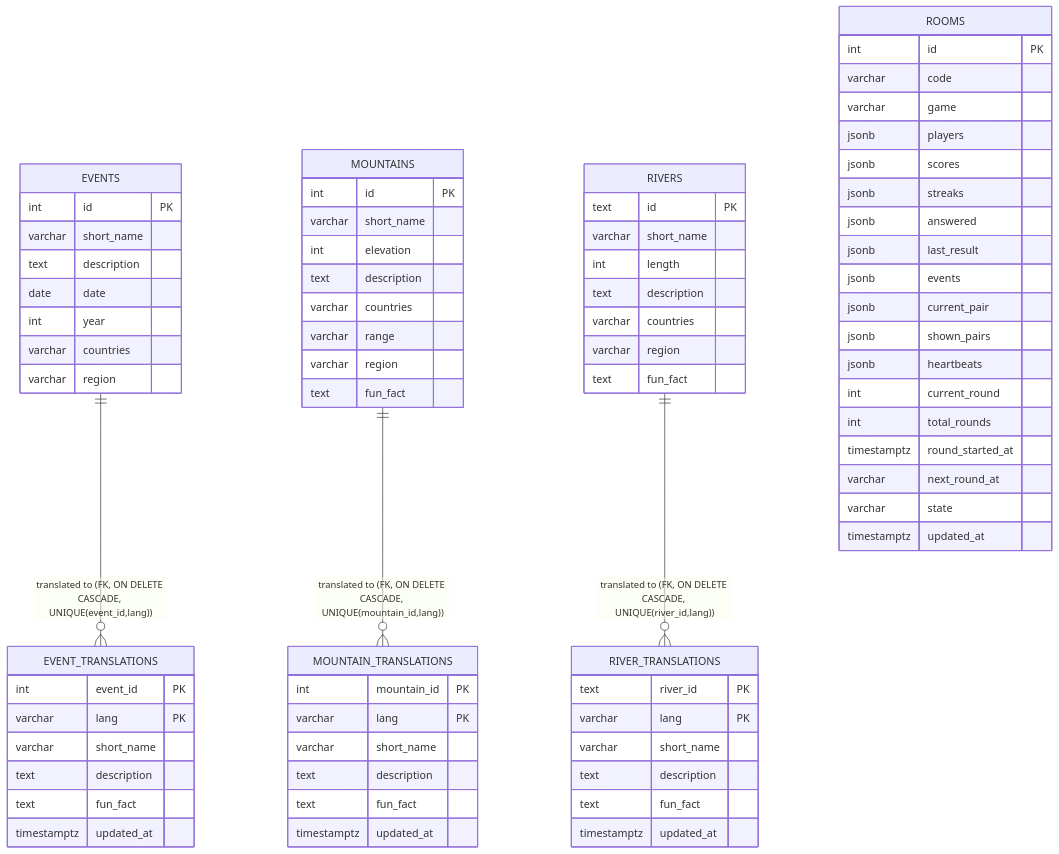
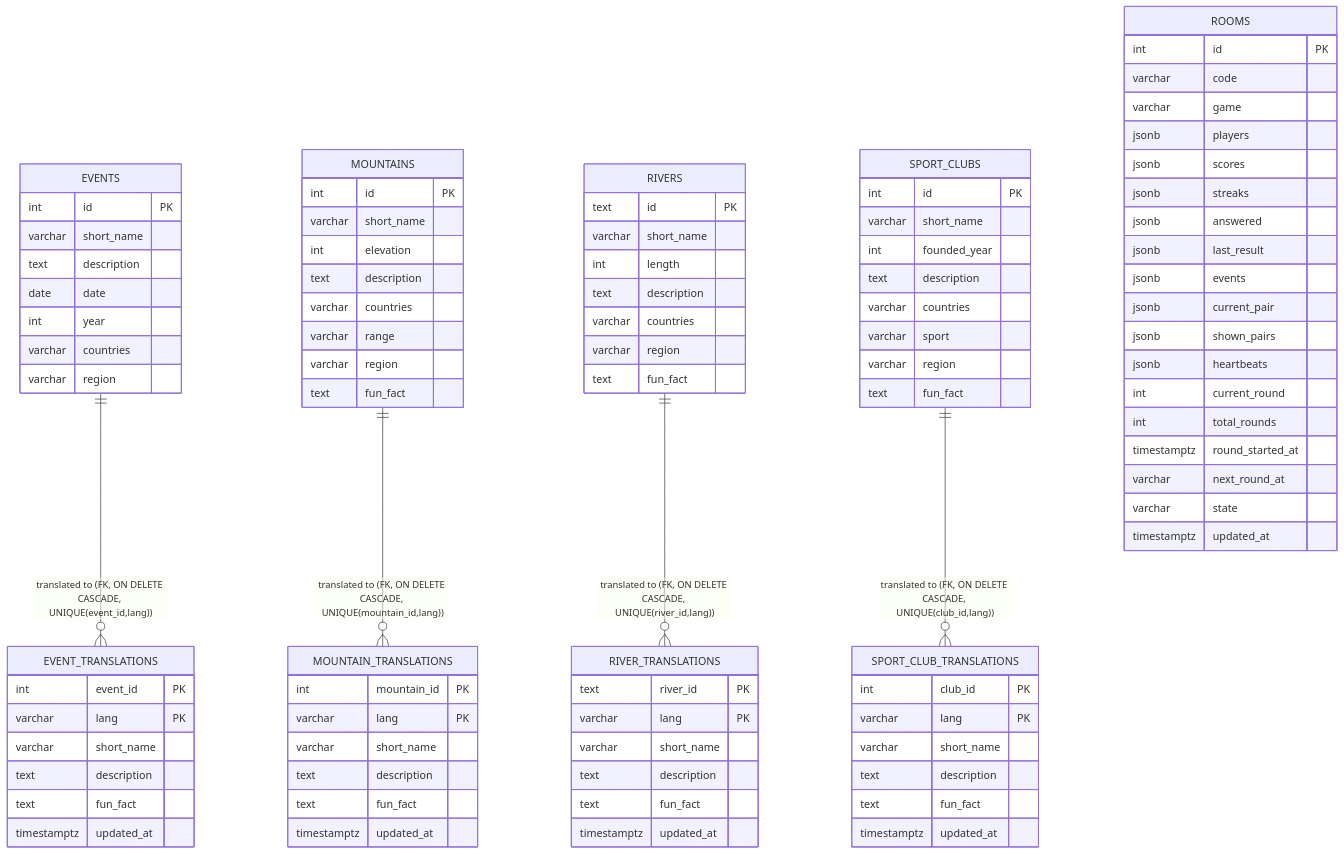
One commit to prokopHouda/history_game changed the third of 7 diagrams in docs/architecture.md. Above: the diagram before and after it, drawn with Mermaid. The commit also changed other lines of this file and 18 other files, not shown here.

First line of the commit message:
feat: add Sport Clubs game (which club is older?)

````diff
--- a/docs/architecture.md
+++ b/docs/architecture.md
@@ -205,6 +205,26 @@
         timestamptz updated_at
     }
 
+    SPORT_CLUBS {
+        int id PK
+        varchar short_name
+        int founded_year
+        text description
+        varchar countries
+        varchar sport
+        varchar region
+        text fun_fact
+    }
+
+    SPORT_CLUB_TRANSLATIONS {
+        int club_id PK
+        varchar lang PK
+        varchar short_name
+        text description
+        text fun_fact
+        timestamptz updated_at
+    }
+
     ROOMS {
         int id PK
         varchar code
@@ -229,4 +249,5 @@
     EVENTS ||--o{ EVENT_TRANSLATIONS : "translated to (FK, ON DELETE CASCADE, UNIQUE(event_id,lang))"
     MOUNTAINS ||--o{ MOUNTAIN_TRANSLATIONS : "translated to (FK, ON DELETE CASCADE, UNIQUE(mountain_id,lang))"
     RIVERS ||--o{ RIVER_TRANSLATIONS : "translated to (FK, ON DELETE CASCADE, UNIQUE(river_id,lang))"
+    SPORT_CLUBS ||--o{ SPORT_CLUB_TRANSLATIONS : "translated to (FK, ON DELETE CASCADE, UNIQUE(club_id,lang))"
 ```
````
